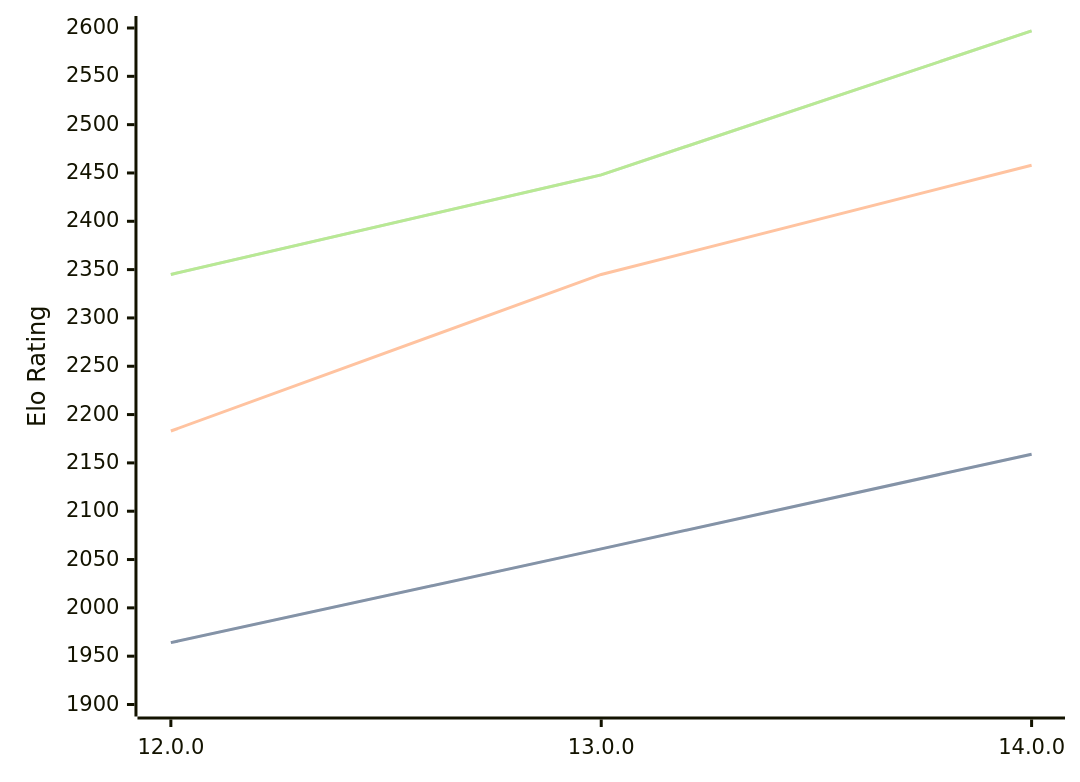
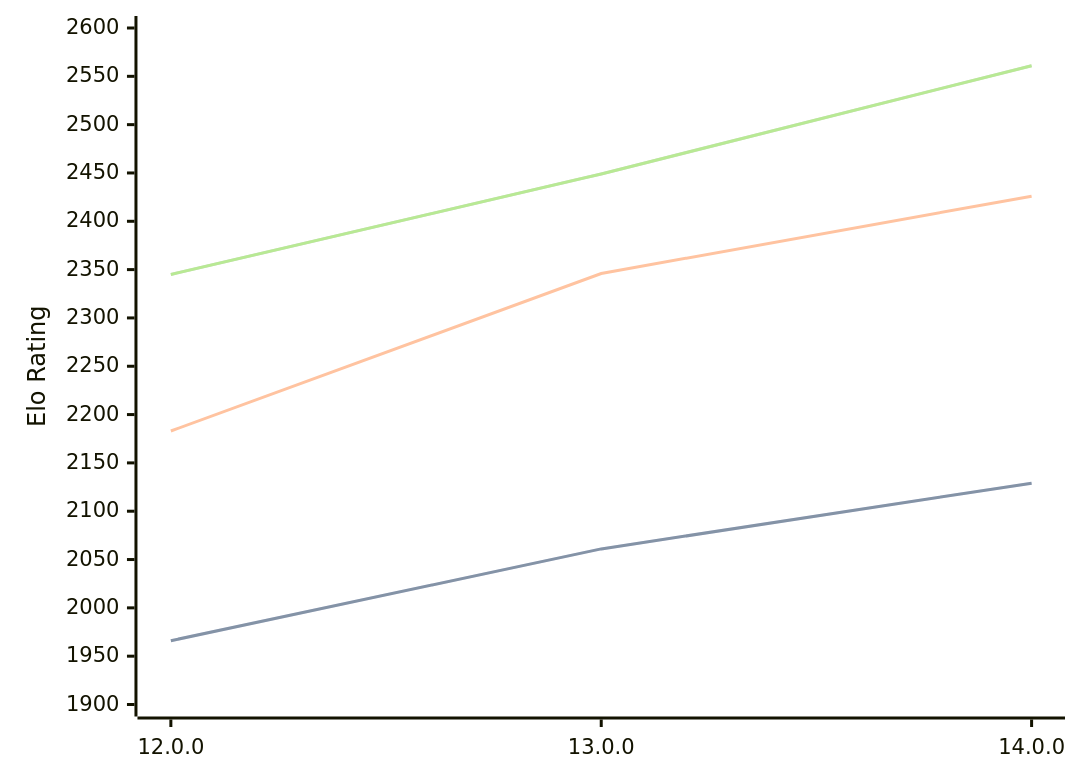
One commit to computer-chess-index/cci changed the diagram in engines/Cepimetheus.md. Above: the diagram before and after it, drawn with Mermaid. The commit also changed other lines of this file, not shown here.

Commit message:
Update CCI Ratings (ELO VLTC) - 2026-07-31

````diff
--- a/engines/Cepimetheus.md
+++ b/engines/Cepimetheus.md
@@ -65,11 +65,11 @@
 ```mermaid
 %%{init: {"theme":"base","themeVariables":{"seriesColors:['#a3a3a3','#222221','#faa371']}}}%%
 xychart-beta
   x-axis ["12.0.0", "13.0.0", "14.0.0"]
   y-axis "Elo Rating" 1900 --> 2600
-  line "STC (8.0+0.08s)" [1964, 2061, 2159]
-  line "STC (8.0+0.08s)" [1964, 2061, 2159]
-  line "LTC (60.0+0.60s)" [2183, 2345, 2458]
-  line "VLTC (2m24s+1.12s)" [2345, 2448, 2597]
-  line "VLTC (2m24s+1.12s)" [2345, 2448, 2597]
+  line "STC (8.0+0.08s)" [1966, 2061, 2129]
+  line "STC (8.0+0.08s)" [1966, 2061, 2129]
+  line "LTC (60.0+0.60s)" [2183, 2346, 2426]
+  line "VLTC (2m24s+1.12s)" [2345, 2449, 2561]
+  line "VLTC (2m24s+1.12s)" [2345, 2449, 2561]
 ```
````
